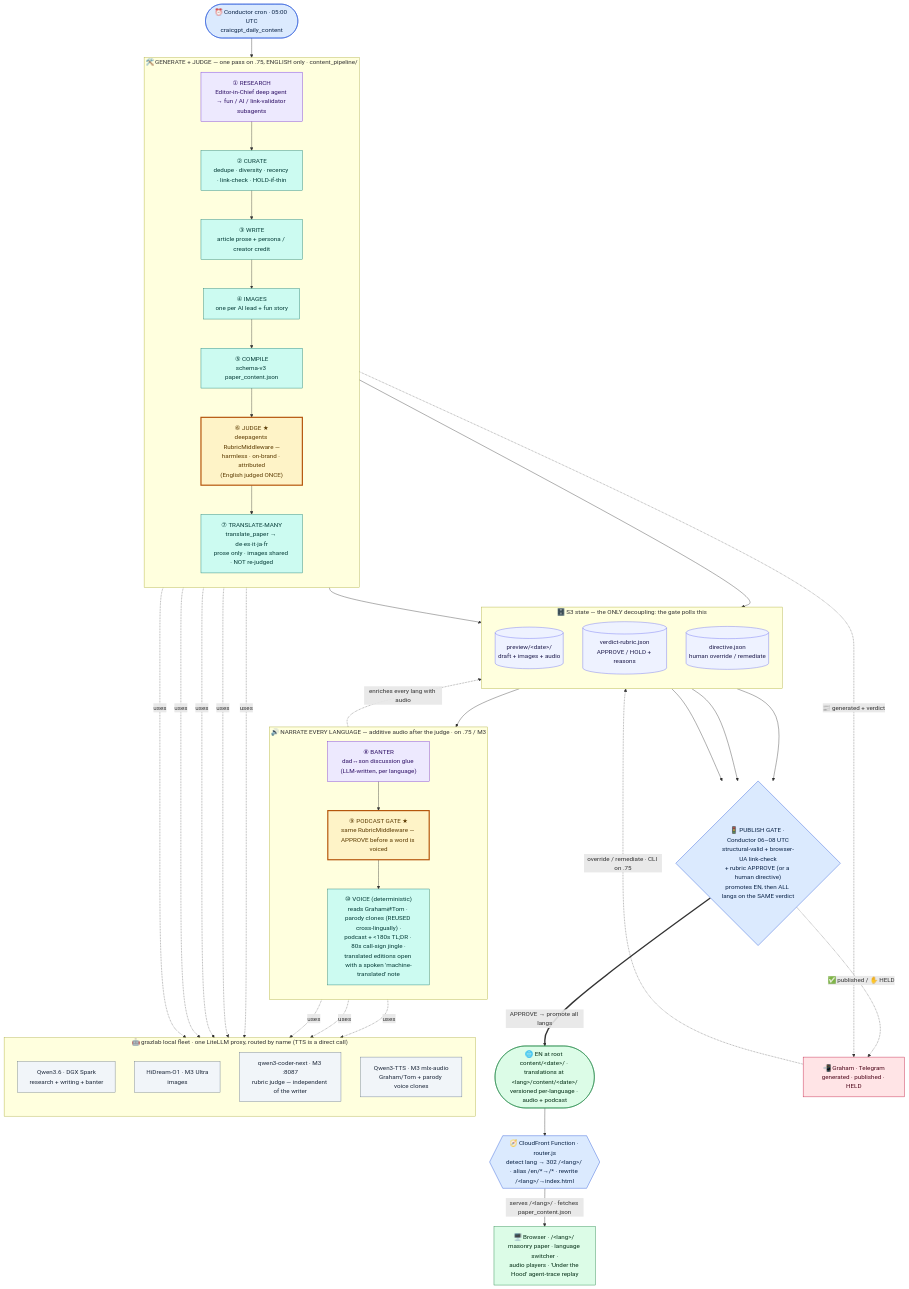
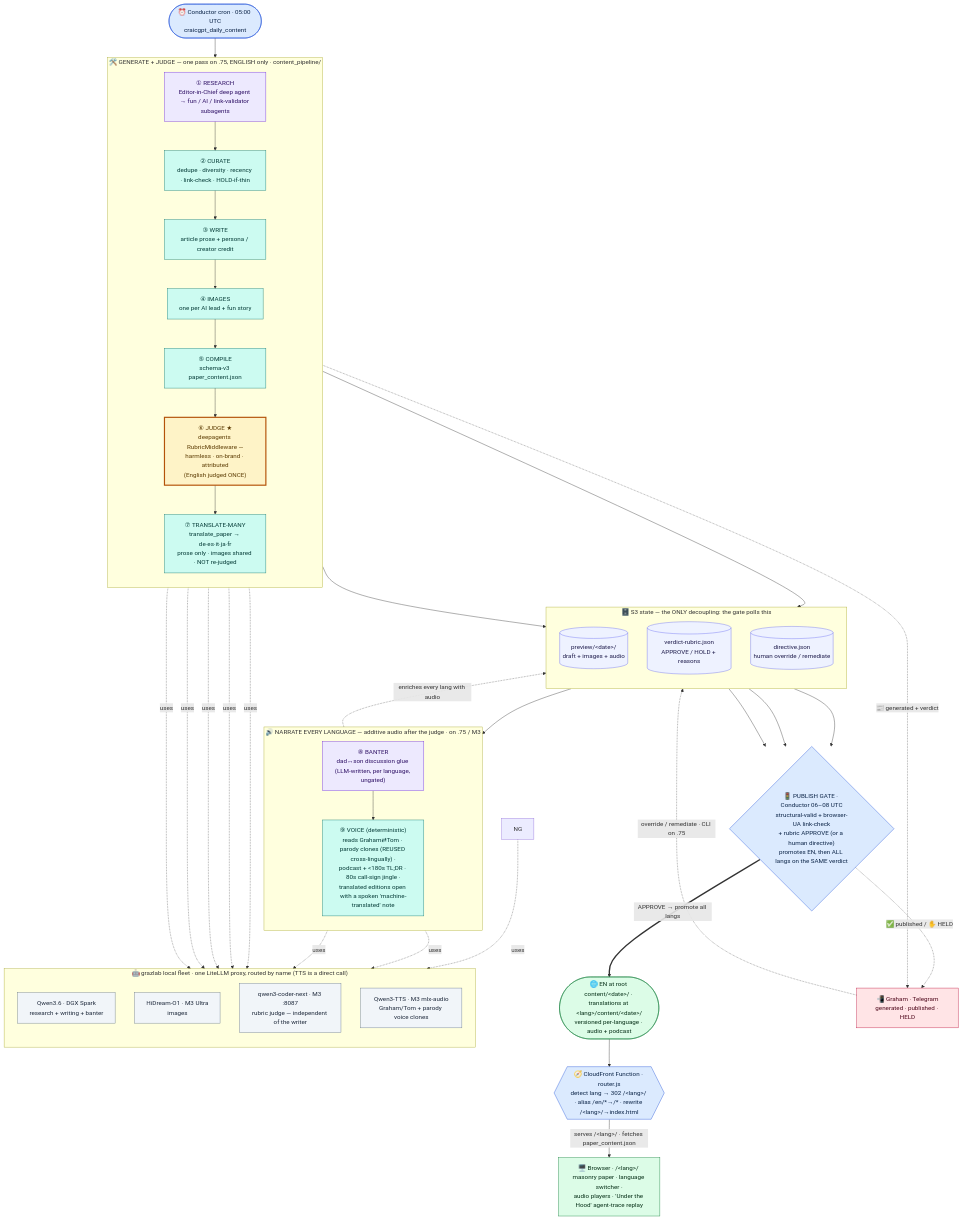
One commit to allthingsclowd/craicgpt.ie changed the first of 4 diagrams in README.md. Above: the diagram before and after it, drawn with Mermaid. The commit also changed other lines of this file and 8 other files, not shown here.

First line of the commit message:
feat(narrate): remove the podcast banter gate — banter ships as written

````diff
--- a/README.md
+++ b/README.md
@@ -66,79 +66,78 @@
 ```mermaid
 flowchart TD
     %% colour by ROLE so the deterministic-vs-LLM split is visible at a glance
     classDef sched fill:#dbeafe,stroke:#1d4ed8,color:#0b2447;
     classDef agent fill:#ede9fe,stroke:#6d28d9,color:#2e1065;
     classDef code  fill:#ccfbf1,stroke:#0f766e,color:#053b37;
     classDef judge fill:#fef3c7,stroke:#b45309,color:#5b3a02,stroke-width:3px;
     classDef model fill:#f1f5f9,stroke:#64748b,color:#1e293b;
     classDef store fill:#eef2ff,stroke:#6366f1,color:#1e1b4b;
     classDef live  fill:#dcfce7,stroke:#15803d,color:#052e16;
     classDef human fill:#ffe4e6,stroke:#be123c,color:#4c0519;
 
     CRON(["⏰ Conductor cron · 05:00 UTC<br/>craicgpt_daily_content"]):::sched
 
     subgraph BUILD["🛠️ GENERATE + JUDGE — one pass on .75, ENGLISH only · content_pipeline/"]
         direction TB
         R["① RESEARCH<br/>Editor-in-Chief deep agent → fun / AI / link-validator subagents"]:::agent
         C["② CURATE<br/>dedupe · diversity · recency · link-check · HOLD-if-thin"]:::code
         W["③ WRITE<br/>article prose + persona / creator credit"]:::code
         IMG["④ IMAGES<br/>one per AI lead + fun story"]:::code
         K["⑤ COMPILE<br/>schema-v3 paper_content.json"]:::code
         J["⑥ JUDGE ★<br/>deepagents RubricMiddleware —<br/>harmless · on-brand · attributed<br/>(English judged ONCE)"]:::judge
         TR["⑦ TRANSLATE-MANY<br/>translate_paper → de·es·it·ja·fr<br/>prose only · images shared · NOT re-judged"]:::code
         R --> C --> W --> IMG --> K --> J --> TR
     end
 
     subgraph NARR["🔊 NARRATE EVERY LANGUAGE — additive audio after the judge · on .75 / M3"]
         direction TB
-        NB["⑧ BANTER<br/>dad↔son discussion glue (LLM-written, per language)"]:::agent
-        NG["⑨ PODCAST GATE ★<br/>same RubricMiddleware — APPROVE before a word is voiced"]:::judge
-        NT["⑩ VOICE (deterministic)<br/>reads Graham⇄Tom · parody clones (REUSED cross-lingually) ·<br/>podcast + &lt;180s TL;DR · 80s call-sign jingle ·<br/>translated editions open with a spoken 'machine-translated' note"]:::code
-        NB --> NG --> NT
+        NB["⑧ BANTER<br/>dad↔son discussion glue (LLM-written, per language, ungated)"]:::agent
+        NT["⑨ VOICE (deterministic)<br/>reads Graham⇄Tom · parody clones (REUSED cross-lingually) ·<br/>podcast + &lt;180s TL;DR · 80s call-sign jingle ·<br/>translated editions open with a spoken 'machine-translated' note"]:::code
+        NB --> NT
     end
 
     subgraph FLEET["🤖 grazlab local fleet · one LiteLLM proxy, routed by name (TTS is a direct call)"]
         direction TB
         QWEN["Qwen3.6 · DGX Spark<br/>research + writing + banter"]:::model
         IMGM["HiDream-O1 · M3 Ultra<br/>images"]:::model
         JUDGEM["qwen3-coder-next · M3 :8087<br/>rubric judge — independent of the writer"]:::model
         TTSM["Qwen3-TTS · M3 mlx-audio<br/>Graham/Tom + parody voice clones"]:::model
     end
 
     subgraph STATE["🗄️ S3 state — the ONLY decoupling: the gate polls this"]
         direction TB
         DRAFT[("preview/&lt;date&gt;/<br/>draft + images + audio")]:::store
         VRUB[("verdict-rubric.json<br/>APPROVE / HOLD + reasons")]:::store
         DIR[("directive.json<br/>human override / remediate")]:::store
     end
 
     GATE{"🚦 PUBLISH GATE · Conductor 06–08 UTC<br/>structural-valid + browser-UA link-check<br/>+ rubric APPROVE (or a human directive)<br/>promotes EN, then ALL langs on the SAME verdict"}:::sched
 
     LIVE(["🌐 EN at root content/&lt;date&gt;/ · translations at &lt;lang&gt;/content/&lt;date&gt;/<br/>versioned per-language · audio + podcast"]):::live
     ROUTER{{"🧭 CloudFront Function · router.js<br/>detect lang → 302 /&lt;lang&gt;/ · alias /en/*→/* · rewrite /&lt;lang&gt;/→index.html"}}:::sched
     WEB["🖥️ Browser · /&lt;lang&gt;/ masonry paper · language switcher ·<br/>audio players · 'Under the Hood' agent-trace replay"]:::live
     GRAHAM["📲 Graham · Telegram<br/>generated · published · HELD"]:::human
 
     %% data flow
     CRON --> R
     R -. uses .-> QWEN
     W -. uses .-> QWEN
     IMG -. uses .-> IMGM
     J -. uses .-> JUDGEM
     TR -. uses .-> QWEN
     TR --> DRAFT & VRUB
     J -. "📰 generated + verdict" .-> GRAHAM
     DRAFT --> NB
     NB -. uses .-> QWEN
     NG -. uses .-> JUDGEM
     NT -. uses .-> TTSM
     NT -. "enriches every lang with audio" .-> DRAFT
     DRAFT --> GATE
     VRUB --> GATE
     DIR --> GATE
     GRAHAM -. "override / remediate · CLI on .75" .-> DIR
     GATE ==>|"APPROVE → promote all langs"| LIVE
     GATE -. "✅ published / ✋ HELD" .-> GRAHAM
     LIVE --> ROUTER
     ROUTER -->|"serves /&lt;lang&gt;/ · fetches paper_content.json"| WEB
 ```
````
